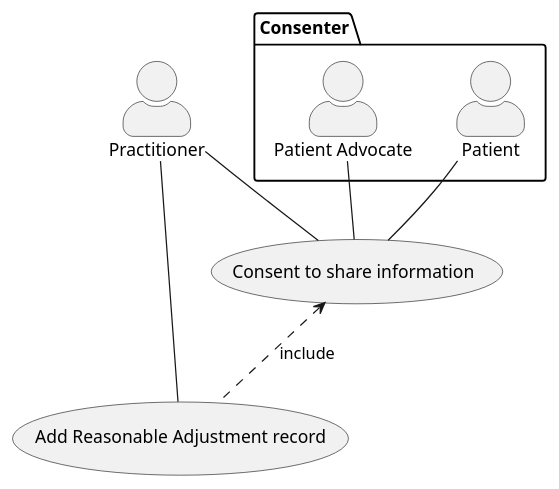
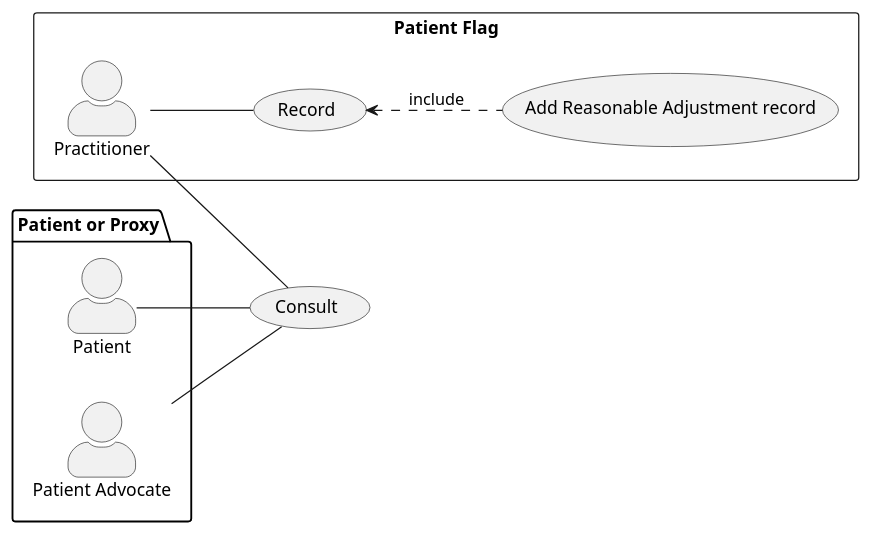
Before and after one commit to NHSDigital/IOPS-FHIR-Simplifier-Backup: the first of 2 diagrams in NHSEnglandProgrammeImplementationGuides/backup/guides/RA-API/Home/Use-Cases/Add-Reasonable-Adjustment-Record.page.md, drawn with PlantUML. The commit also changed other lines of this file and 118 other files, not shown here.

```diff
--- a/NHSEnglandProgrammeImplementationGuides/backup/guides/RA-API/Home/Use-Cases/Add-Reasonable-Adjustment-Record.page.md
+++ b/NHSEnglandProgrammeImplementationGuides/backup/guides/RA-API/Home/Use-Cases/Add-Reasonable-Adjustment-Record.page.md
@@ -13,21 +12,26 @@
 @startuml
 
 skinparam actorStyle awesome
+left to right direction
 
+rectangle "Patient Flag"{
 actor Practitioner as pra
-package Consenter {
-  actor "Patient Advocate" as pad
-  actor Patient as pat
+usecase "Record" as record
+usecase "Add Reasonable Adjustment record" as add
 }
 
-usecase "Consent to share information" as CON
-usecase "Add Reasonable Adjustment record" as ADD
 
-pat -- CON
-pad -- CON
-pra -- CON
-pra -- ADD
+package "Patient or Proxy" {
+  actor Patient as pat
+  actor "Patient Advocate" as pad
+}
 
-CON <.. ADD : include
+usecase "Consult" as consult
+
+pat -- consult
+pra -- consult
+pad -- consult
+pra -- record
+record <.. add : include
 
 @enduml
```
